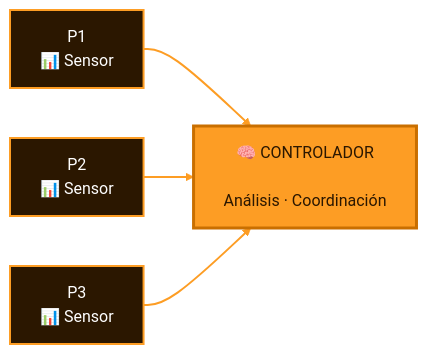
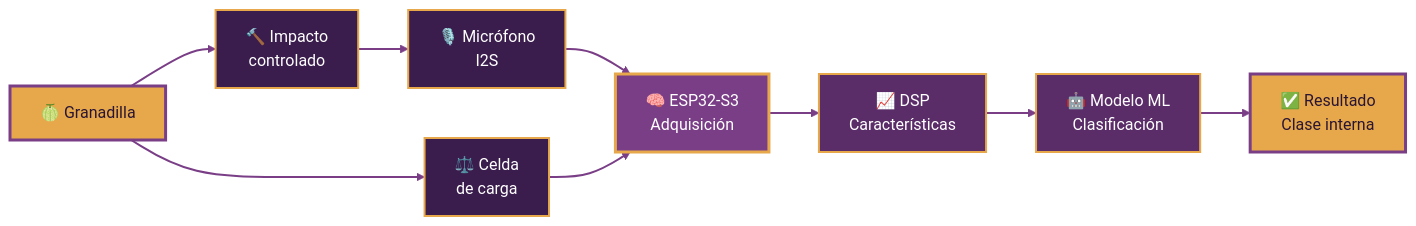
One commit to Cesarapcho/PI_Equipo_03 changed the second of 8 diagrams in README.md. Above: the diagram before and after it, drawn with Mermaid. The commit also changed other lines of this file, not shown here.

````diff
--- a/README.md
+++ b/README.md
@@ -225,16 +232,28 @@
 ```mermaid
 flowchart LR
-    P1["P1<br/>📊 Sensor"]:::module
-    P2["P2<br/>📊 Sensor"]:::module
-    P3["P3<br/>📊 Sensor"]:::module
-    C["🧠 CONTROLADOR<br/><br/>Análisis · Coordinación"]:::controller
+    G["🍈 Granadilla"]:::fruit
+    I["🔨 Impacto<br/>controlado"]:::module
+    M["🎙️ Micrófono<br/>I2S"]:::module
+    P["⚖️ Celda<br/>de carga"]:::module
+    C["🧠 ESP32-S3<br/>Adquisición"]:::controller
+    S["📈 DSP<br/>Características"]:::software
+    ML["🤖 Modelo ML<br/>Clasificación"]:::software
+    R["✅ Resultado<br/>Clase interna"]:::result
 
-    P1 --> C
-    P2 --> C
-    P3 --> C
+    G --> I
+    I --> M
+    G --> P
+    M --> C
+    P --> C
+    C --> S
+    S --> ML
+    ML --> R
 
-    classDef module fill:#2B1700,color:#FFFFFF,stroke:#FD9D24,stroke-width:2px;
-    classDef controller fill:#FD9D24,color:#2B1700,stroke:#C96F00,stroke-width:3px;
+    classDef fruit fill:#E6A84A,color:#2A1535,stroke:#7A3E87,stroke-width:3px;
+    classDef module fill:#3A1C4D,color:#FFFFFF,stroke:#E6A84A,stroke-width:2px;
+    classDef controller fill:#7A3E87,color:#FFFFFF,stroke:#E6A84A,stroke-width:3px;
+    classDef software fill:#5A2C68,color:#FFFFFF,stroke:#E6A84A,stroke-width:2px;
+    classDef result fill:#E6A84A,color:#2A1535,stroke:#7A3E87,stroke-width:3px;
 
-    linkStyle default stroke:#FD9D24,stroke-width:2px;
+    linkStyle default stroke:#7A3E87,stroke-width:2px;
 ```
````
